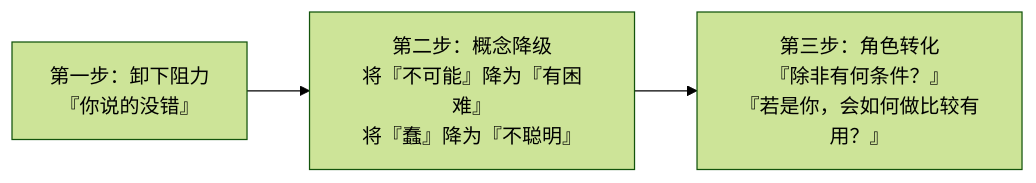
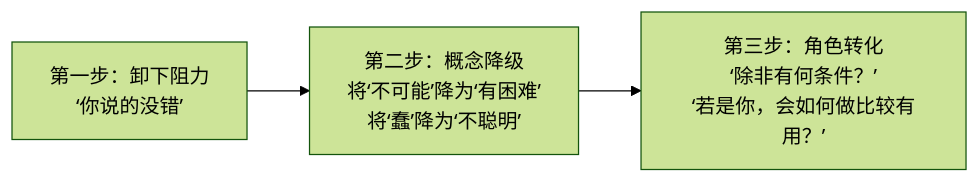
The second of 2 diagrams in _posts/2026-11-16-verbal-aikido-reframing.md (coachsunny/blog), drawn with Mermaid (forest theme) before and after one commit. The commit also changed other lines of this file and 55 other files, not shown here.

````diff
--- a/_posts/2026-11-16-verbal-aikido-reframing.md
+++ b/_posts/2026-11-16-verbal-aikido-reframing.md
@@ -66,5 +66,5 @@
 ```mermaid
 flowchart LR
-    Step1["第一步：卸下阻力<br>『你说的没错』"] --> Step2["第二步：概念降级<br>将『不可能』降为『有困难』<br>将『蠢』降为『不聪明』"]
-    Step2 --> Step3["第三步：角色转化<br>『除非有何条件？』<br>『若是你，会如何做比较有用？』"]
+    Step1["第一步：卸下阻力<br>‘你说的没错’"] --> Step2["第二步：概念降级<br>将‘不可能’降为‘有困难’<br>将‘蠢’降为‘不聪明’"]
+    Step2 --> Step3["第三步：角色转化<br>‘除非有何条件？’<br>‘若是你，会如何做比较有用？’"]
 ```
````
